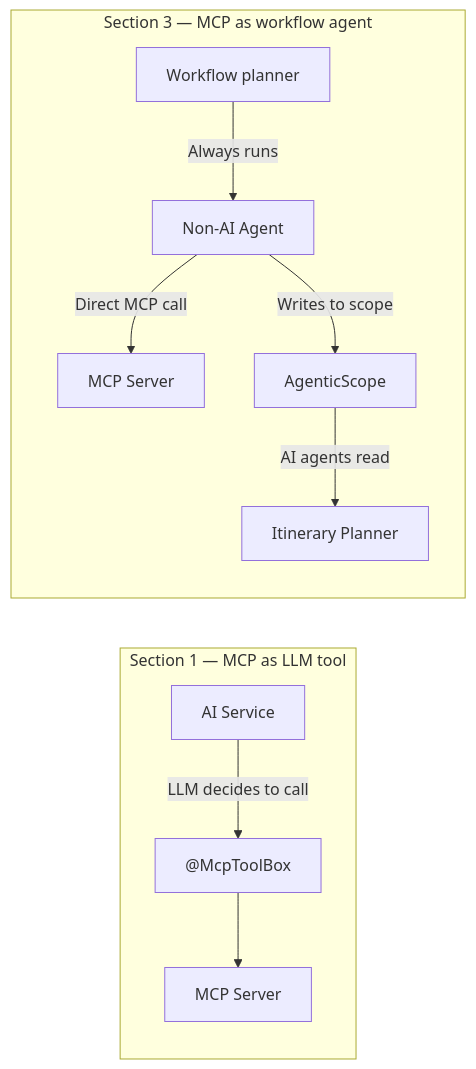
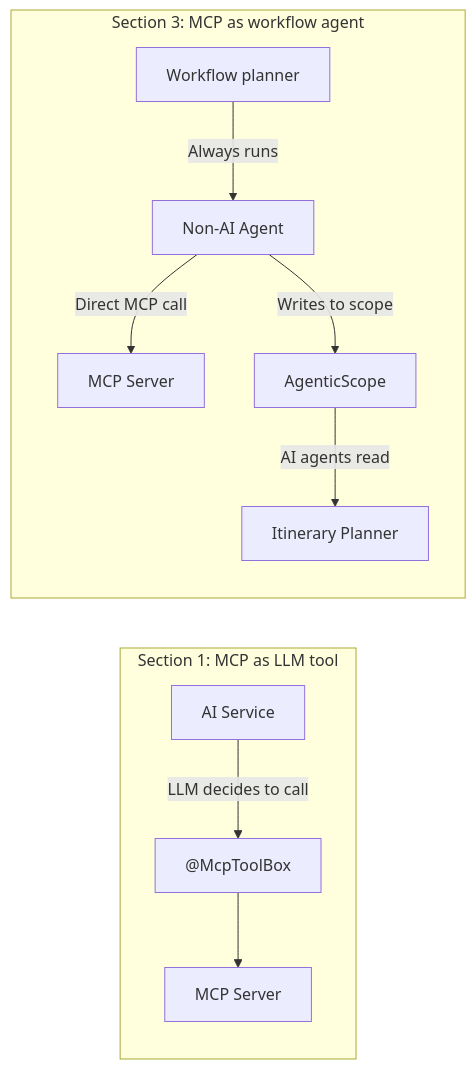
One commit to quarkusio/quarkus-workshop-langchain4j changed the first of 2 diagrams in docs/docs/section-3/step-06.md. Above: the diagram before and after it, drawn with Mermaid. The commit also changed other lines of this file, not shown here.

````diff
--- a/docs/docs/section-3/step-06.md
+++ b/docs/docs/section-3/step-06.md
@@ -15,14 +15,14 @@
 ```mermaid
 flowchart LR
-    subgraph section1["Section 1 — MCP as LLM tool"]
+    subgraph section1["Section 1: MCP as LLM tool"]
         llm1["AI Service"] -->|"LLM decides to call"| mcp1["@McpToolBox"]
         mcp1 --> server1["MCP Server"]
     end
 
-    subgraph section3["Section 3 — MCP as workflow agent"]
+    subgraph section3["Section 3: MCP as workflow agent"]
         planner["Workflow planner"] -->|"Always runs"| agent["Non-AI Agent"]
         agent -->|"Direct MCP call"| server3["MCP Server"]
         agent -->|"Writes to scope"| scope["AgenticScope"]
         scope -->|"AI agents read"| ai["Itinerary Planner"]
     end
 ```
````
